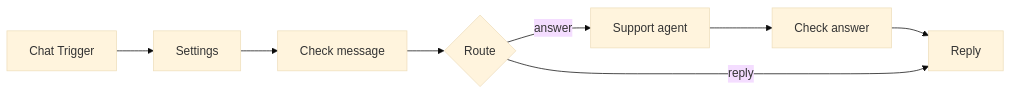
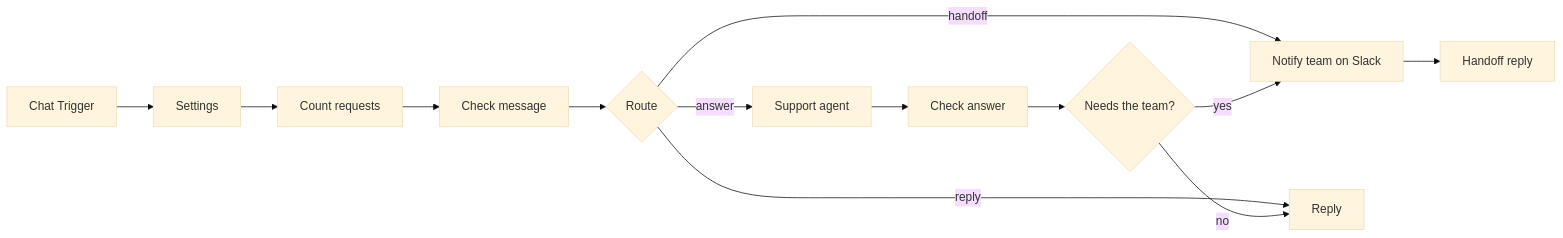
The second of 2 diagrams in workflows/support-chatbot/README.md (mick-gsk/n8n-ai-email-triage), drawn with Mermaid (base theme) before and after one commit. The commit also changed other lines of this file and 8 other files, not shown here.

First line of the commit message:
Hand chat questions to a person on Slack, add rate limits

````diff
--- a/workflows/support-chatbot/README.md
+++ b/workflows/support-chatbot/README.md
@@ -32,6 +32,9 @@
 ```mermaid
 flowchart LR
-    CT[Chat Trigger] --> S[Settings] --> CM[Check message] --> R{Route}
-    R -- answer --> A[Support agent] --> CA[Check answer] --> RP[Reply]
-    R -- reply --> RP
+    CT[Chat Trigger] --> S[Settings] --> CR[Count requests] --> CM[Check message] --> R{Route}
+    R -- answer --> A[Support agent] --> CA[Check answer] --> N{Needs the team?}
+    R -- handoff --> SL
+    R -- reply --> RP[Reply]
+    N -- yes --> SL[Notify team on Slack] --> HR[Handoff reply]
+    N -- no --> RP
 ```
````
